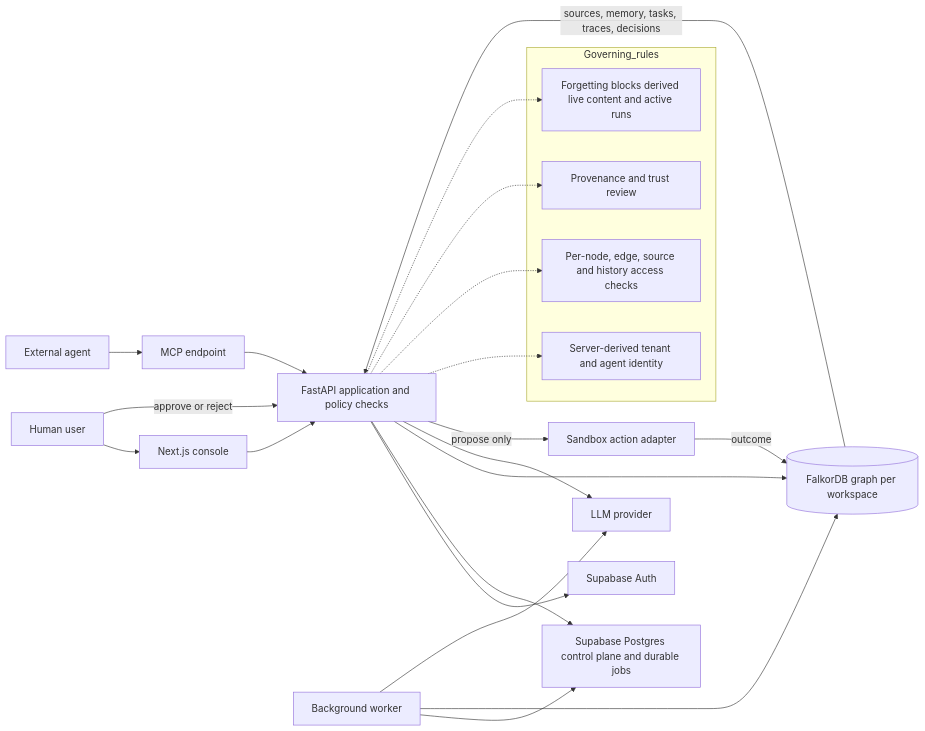
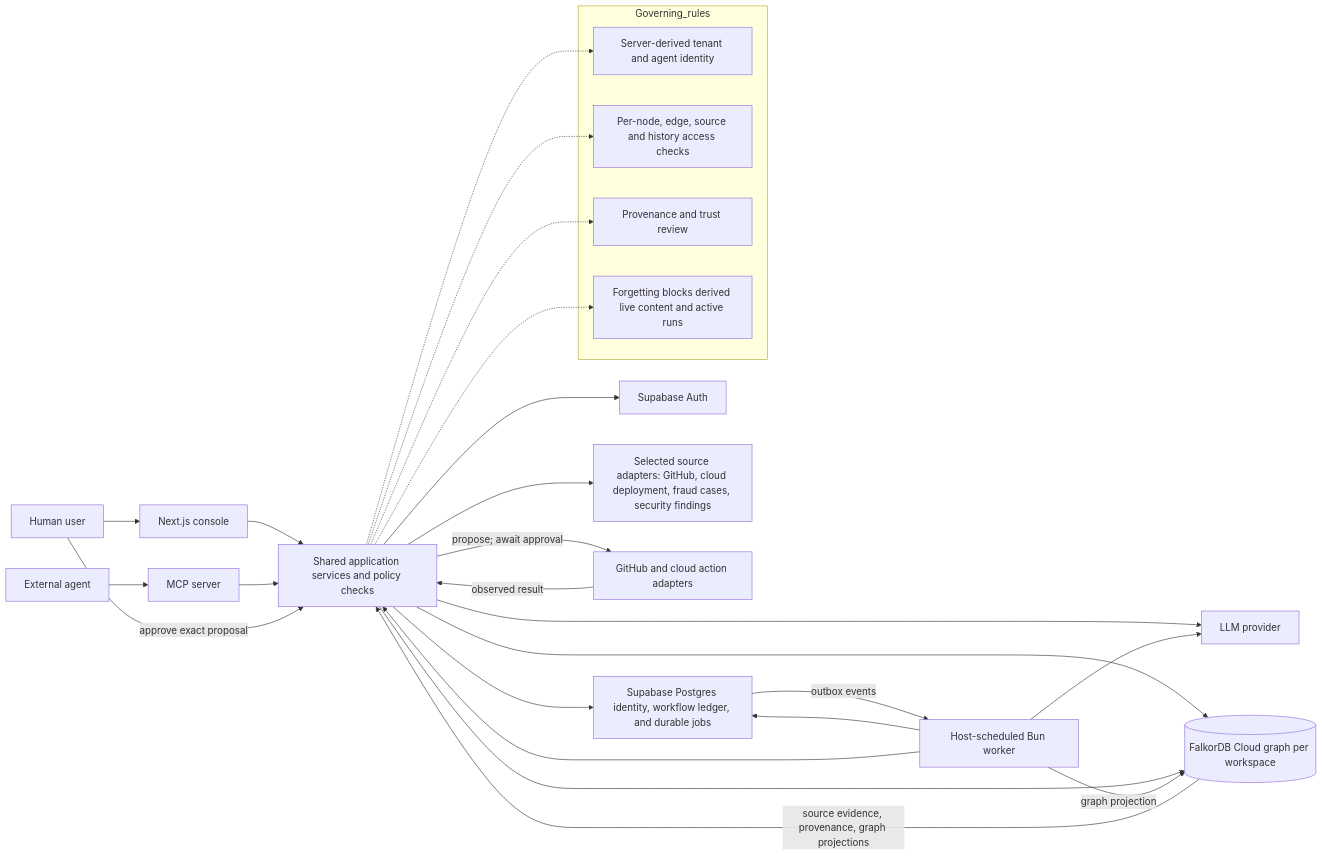
Before and after one commit to AVENGERSTHE2102/BroCode: the diagram in docs/architecture.mmd, drawn with Mermaid. The commit also changed 139 other files, not shown here.

Commit message:
Implement connected-data agent workflow plan

```diff
--- a/docs/architecture.mmd
+++ b/docs/architecture.mmd
@@ -1,27 +1,32 @@
+%% Target alpha architecture; components are not all implemented.
 flowchart LR
   H[Human user] --> W[Next.js console]
-  X[External agent] --> MCP[MCP endpoint]
-  W --> API[FastAPI application and policy checks]
-  MCP --> API
-  API --> AUTH[Supabase Auth]
-  API --> CP[Supabase Postgres control plane and durable jobs]
-  API --> G[(FalkorDB graph per workspace)]
-  JOB[Background worker] --> CP
-  JOB --> G
-  API --> LLM[LLM provider]
+  X[External agent] --> MCP[MCP server]
+  W --> APP[Shared application services and policy checks]
+  MCP --> APP
+  APP --> AUTH[Supabase Auth]
+  APP --> CP[Supabase Postgres identity, workflow ledger, and durable jobs]
+  APP --> G[(FalkorDB Cloud graph per workspace)]
+  APP --> SRC[Selected source adapters: GitHub, cloud deployment, fraud cases, security findings]
+  JOB[Host-scheduled Bun worker] --> CP
+  CP -->|outbox events| JOB
+  JOB --> APP
+  APP --> LLM[LLM provider]
   JOB --> LLM
-  API -->|propose only| ACT[Sandbox action adapter]
-  H -->|approve or reject| API
-  ACT -->|outcome| G
-  G -->|sources, memory, tasks, traces, decisions| API
+  APP -->|propose; await approval| ACT[GitHub and cloud action adapters]
+  H -->|approve exact proposal| APP
+  ACT -->|observed result| APP
+  APP --> G
+  JOB -->|graph projection| G
+  G -->|source evidence, provenance, graph projections| APP
 
   subgraph Governing_rules
     ID[Server-derived tenant and agent identity]
     ACL[Per-node, edge, source and history access checks]
     TRUST[Provenance and trust review]
     DEL[Forgetting blocks derived live content and active runs]
   end
-  API -.-> ID
-  API -.-> ACL
-  API -.-> TRUST
-  API -.-> DEL
+  APP -.-> ID
+  APP -.-> ACL
+  APP -.-> TRUST
+  APP -.-> DEL
```
